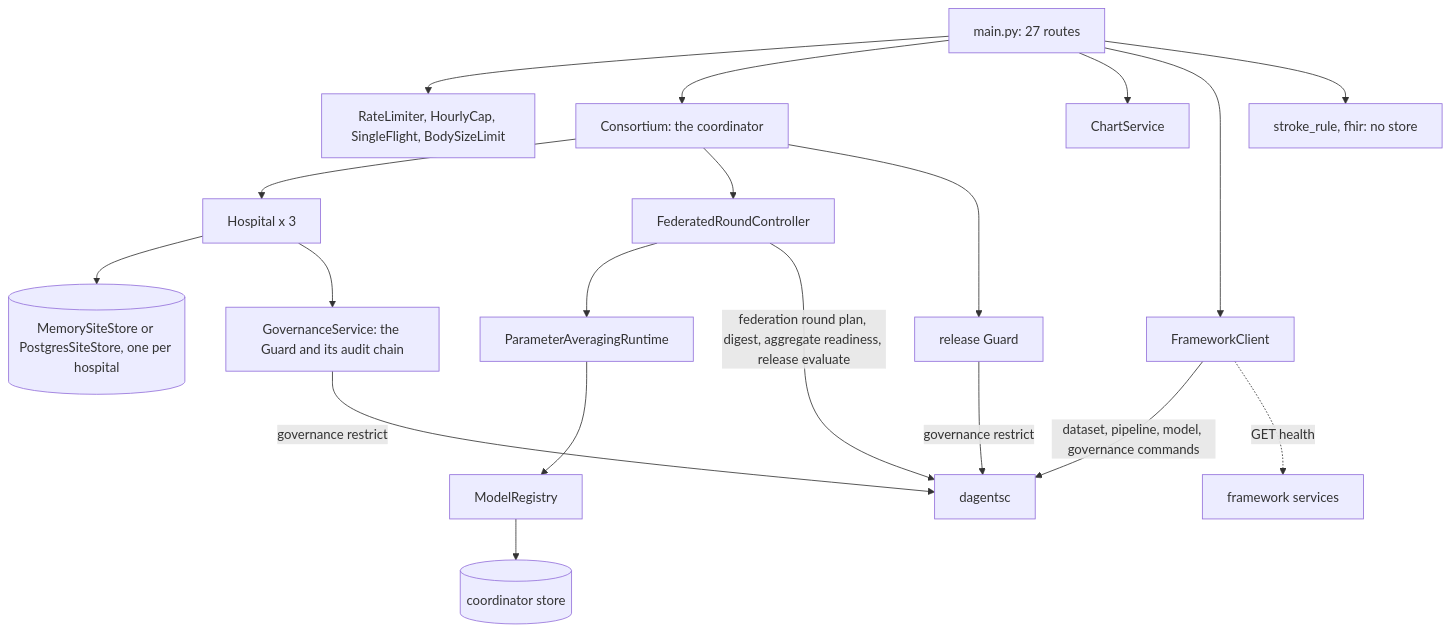
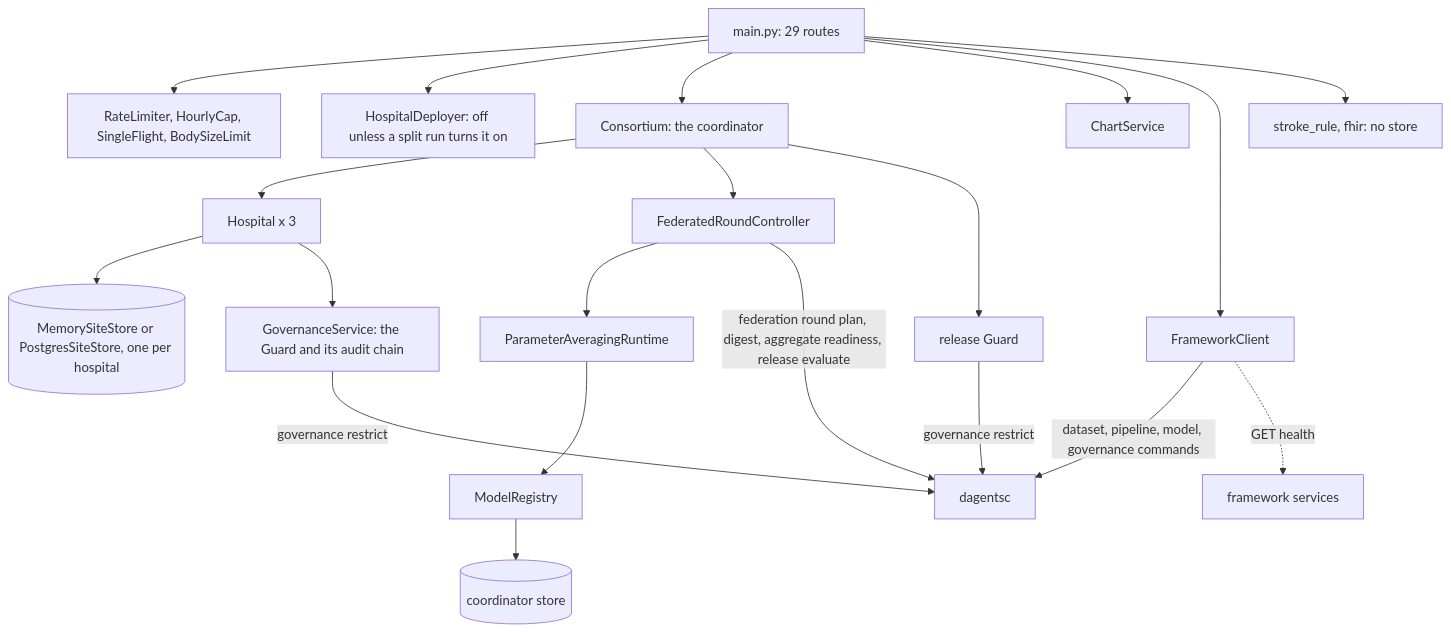
One commit to pradyunuydarp/Dagents changed the second of 7 diagrams in docs/reference/api/demo-apps.md. Above: the diagram before and after it, drawn with Mermaid. The commit also changed other lines of this file and 20 other files, not shown here.

````diff
--- a/docs/reference/api/demo-apps.md
+++ b/docs/reference/api/demo-apps.md
@@ -103,21 +107,22 @@
 ```mermaid
 flowchart TB
-    Routes["main.py: 27 routes"] --> Limits["RateLimiter, HourlyCap, SingleFlight, BodySizeLimit"]
+    Routes["main.py: 29 routes"] --> Limits["RateLimiter, HourlyCap, SingleFlight, BodySizeLimit"]
+    Routes --> Deployer["HospitalDeployer: off unless a split run turns it on"]
     Routes --> Consortium["Consortium: the coordinator"]
     Routes --> Charts["ChartService"]
     Routes --> Framework["FrameworkClient"]
     Routes --> Rule["stroke_rule, fhir: no store"]
     Consortium --> Hospitals["Hospital x 3"]
     Hospitals --> SiteStores[("MemorySiteStore or PostgresSiteStore, one per hospital")]
     Hospitals --> Guard["GovernanceService: the Guard and its audit chain"]
     Consortium --> Controller["FederatedRoundController"]
     Controller --> Runtime["ParameterAveragingRuntime"]
     Runtime --> Registry["ModelRegistry"]
     Registry --> CoordStore[("coordinator store")]
     Consortium --> ReleaseGuard["release Guard"]
     Guard -->|"governance restrict"| Planner["dagentsc"]
     ReleaseGuard -->|"governance restrict"| Planner
     Controller -->|"federation round plan, digest, aggregate readiness, release evaluate"| Planner
     Framework -->|"dataset, pipeline, model, governance commands"| Planner
     Framework -.->|"GET health"| Services["framework services"]
 ```
````
